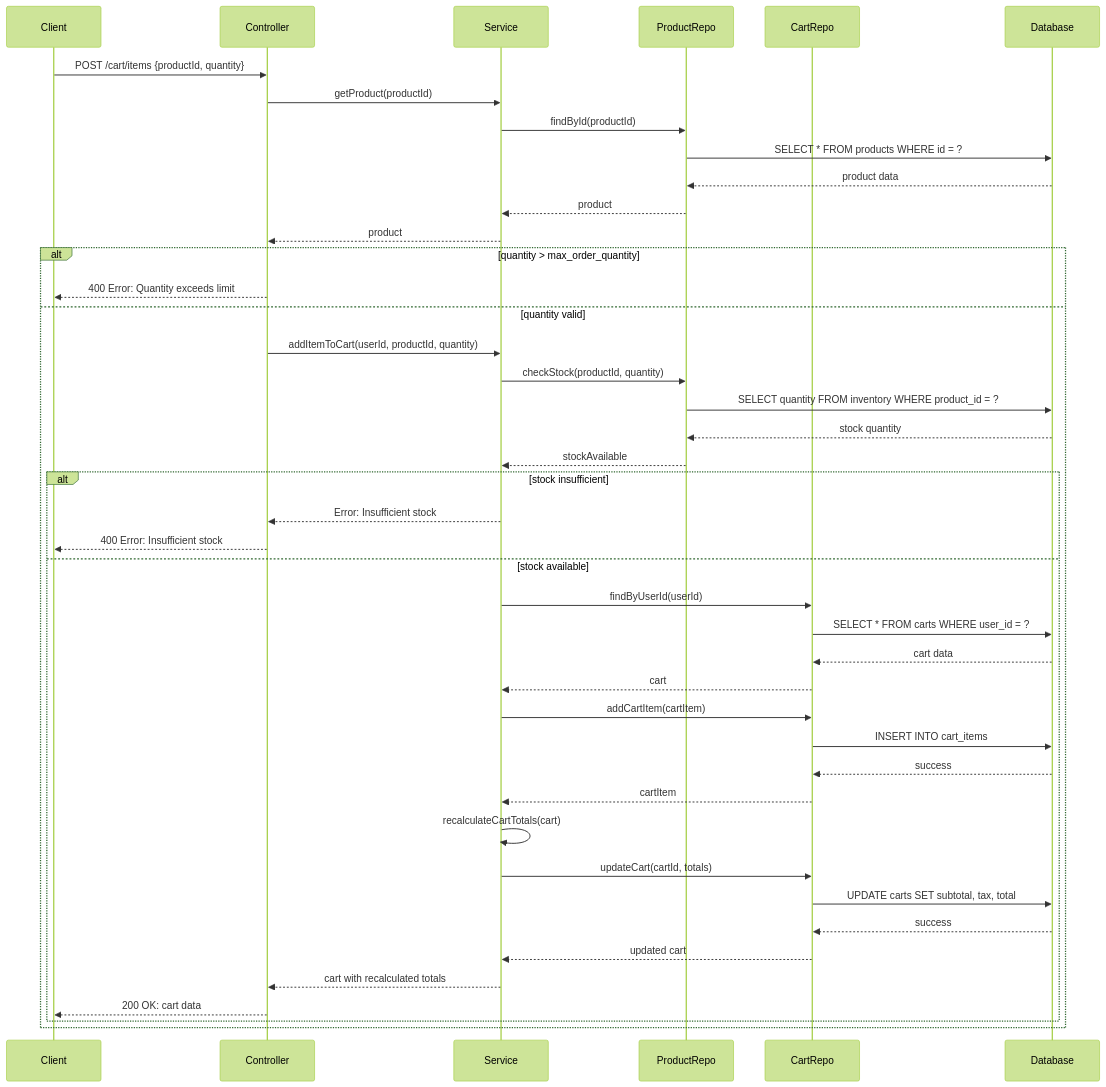
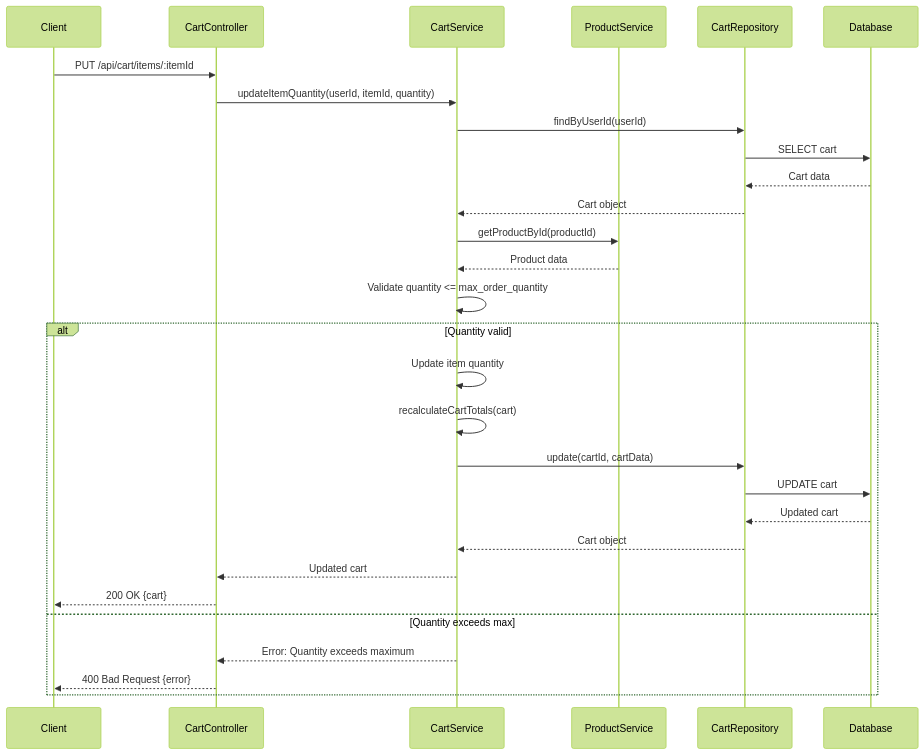
One commit to NavneetBN47/aava-ecom-demo changed the ninth of 10 diagrams in docs/LLD/lld.md. Above: the diagram before and after it, drawn with Mermaid (forest theme). The commit also changed other lines of this file, not shown here.

````diff
--- a/docs/LLD/lld.md
+++ b/docs/LLD/lld.md
@@ -570,51 +708,35 @@
 ```mermaid
 sequenceDiagram
     participant Client
-    participant Controller
-    participant Service
-    participant ProductRepo
-    participant CartRepo
+    participant CartController
+    participant CartService
+    participant ProductService
+    participant CartRepository
     participant Database
-
-    Client->>Controller: POST /cart/items {productId, quantity}
-    Controller->>Service: getProduct(productId)
-    Service->>ProductRepo: findById(productId)
-    ProductRepo->>Database: SELECT * FROM products WHERE id = ?
-    Database-->>ProductRepo: product data
-    ProductRepo-->>Service: product
-    Service-->>Controller: product
     
-    alt quantity > max_order_quantity
-        Controller-->>Client: 400 Error: Quantity exceeds limit
-    else quantity valid
-        Controller->>Service: addItemToCart(userId, productId, quantity)
-        Service->>ProductRepo: checkStock(productId, quantity)
-        ProductRepo->>Database: SELECT quantity FROM inventory WHERE product_id = ?
-        Database-->>ProductRepo: stock quantity
-        ProductRepo-->>Service: stockAvailable
-        
-        alt stock insufficient
-            Service-->>Controller: Error: Insufficient stock
-            Controller-->>Client: 400 Error: Insufficient stock
-        else stock available
-            Service->>CartRepo: findByUserId(userId)
-            CartRepo->>Database: SELECT * FROM carts WHERE user_id = ?
-            Database-->>CartRepo: cart data
-            CartRepo-->>Service: cart
-            
-            Service->>CartRepo: addCartItem(cartItem)
-            CartRepo->>Database: INSERT INTO cart_items
-            Database-->>CartRepo: success
-            CartRepo-->>Service: cartItem
-            
-            Service->>Service: recalculateCartTotals(cart)
-            Service->>CartRepo: updateCart(cartId, totals)
-            CartRepo->>Database: UPDATE carts SET subtotal, tax, total
-            Database-->>CartRepo: success
-            CartRepo-->>Service: updated cart
-            
-            Service-->>Controller: cart with recalculated totals
-            Controller-->>Client: 200 OK: cart data
-        end
+    Client->>CartController: PUT /api/cart/items/:itemId
+    CartController->>CartService: updateItemQuantity(userId, itemId, quantity)
+    CartService->>CartRepository: findByUserId(userId)
+    CartRepository->>Database: SELECT cart
+    Database-->>CartRepository: Cart data
+    CartRepository-->>CartService: Cart object
+    
+    CartService->>ProductService: getProductById(productId)
+    ProductService-->>CartService: Product data
+    
+    CartService->>CartService: Validate quantity <= max_order_quantity
+    
+    alt Quantity valid
+        CartService->>CartService: Update item quantity
+        CartService->>CartService: recalculateCartTotals(cart)
+        CartService->>CartRepository: update(cartId, cartData)
+        CartRepository->>Database: UPDATE cart
+        Database-->>CartRepository: Updated cart
+        CartRepository-->>CartService: Cart object
+        CartService-->>CartController: Updated cart
+        CartController-->>Client: 200 OK {cart}
+    else Quantity exceeds max
+        CartService-->>CartController: Error: Quantity exceeds maximum
+        CartController-->>Client: 400 Bad Request {error}
     end
 ```
````
